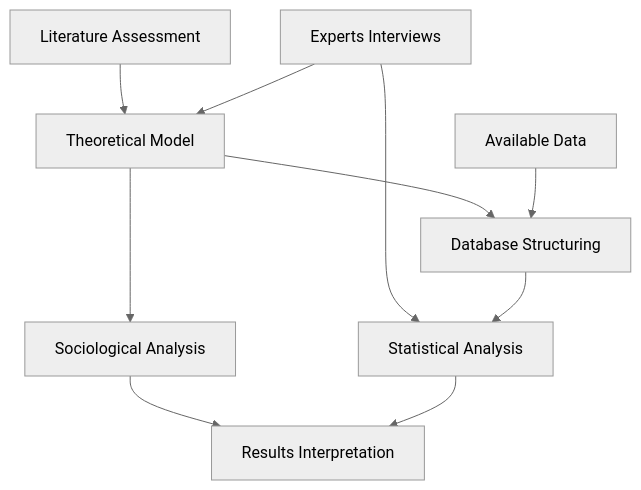
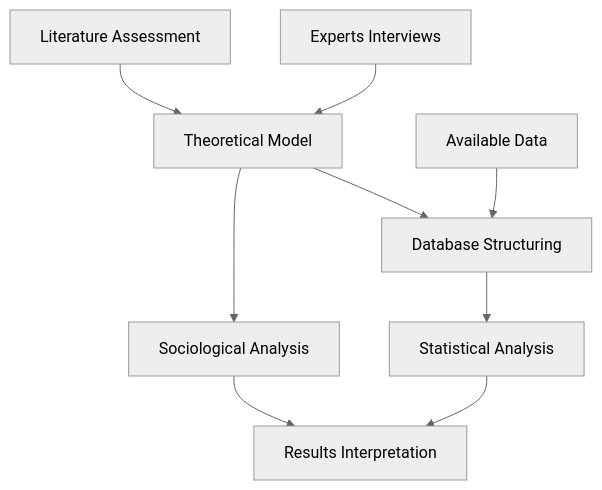
Before and after one commit to hugotseixas/tica-book: the first of 5 diagrams in 02_methods.qmd, drawn with Mermaid (neutral theme). The commit also changed other lines of this file, not shown here.

Commit message:
Small diagrams, fix figures captions, add text.

````diff
--- a/02_methods.qmd
+++ b/02_methods.qmd
@@ -34,18 +34,17 @@
 ```{mermaid}
 %%| label: fig-method-diagram
 %%| fig-cap: "General workflow of the method. The activities that composes each part of the project are: (1) Literature Assessment, Experts Interviews, Theoretical Model; (2) Sociological Analysis; (3) Available Data, Database Structuring, Statistical Analysis; (4) Results Interpretation."
 %%| fig-responsive: true
 %%| fig-align: center
 
 flowchart TD
     A[Literature Assessment] --> B[Theoretical Model]
     C[Experts Interviews] --> B
     B --> D[Database Structuring]
     E[Available Data] --> D
     B --> F[Sociological Analysis]
-    C --> G[Statistical Analysis]
-    D --> G
+    D --> G[Statistical Analysis]
     F --> H[Results Interpretation]
     G --> H
 
 ```
````
